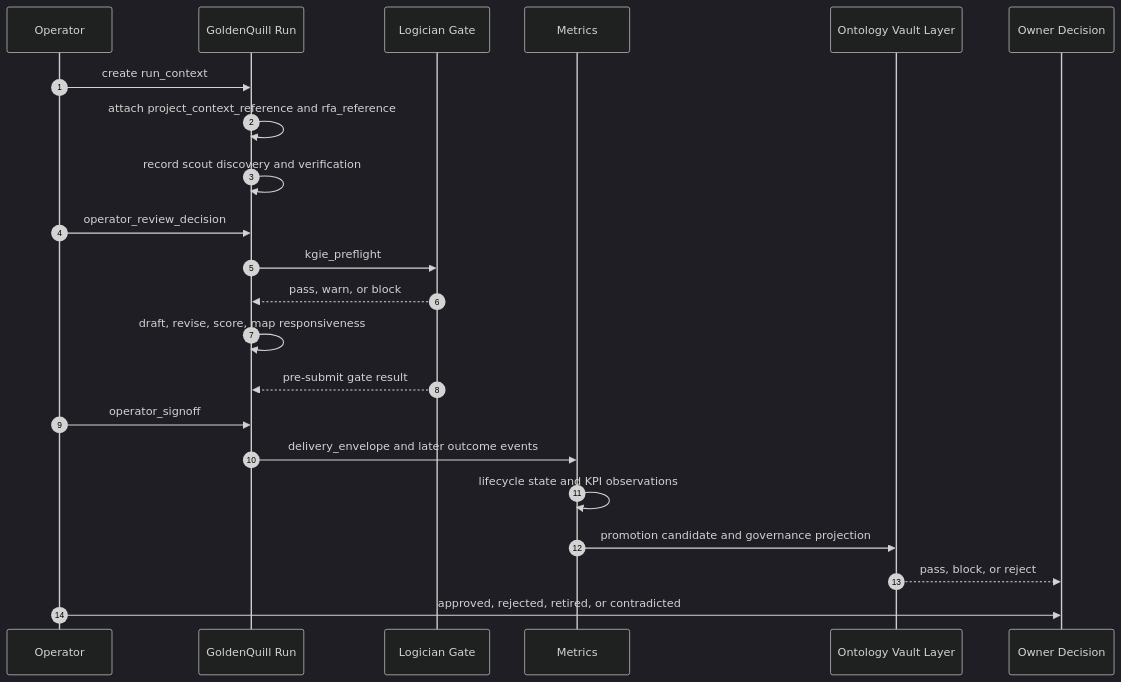
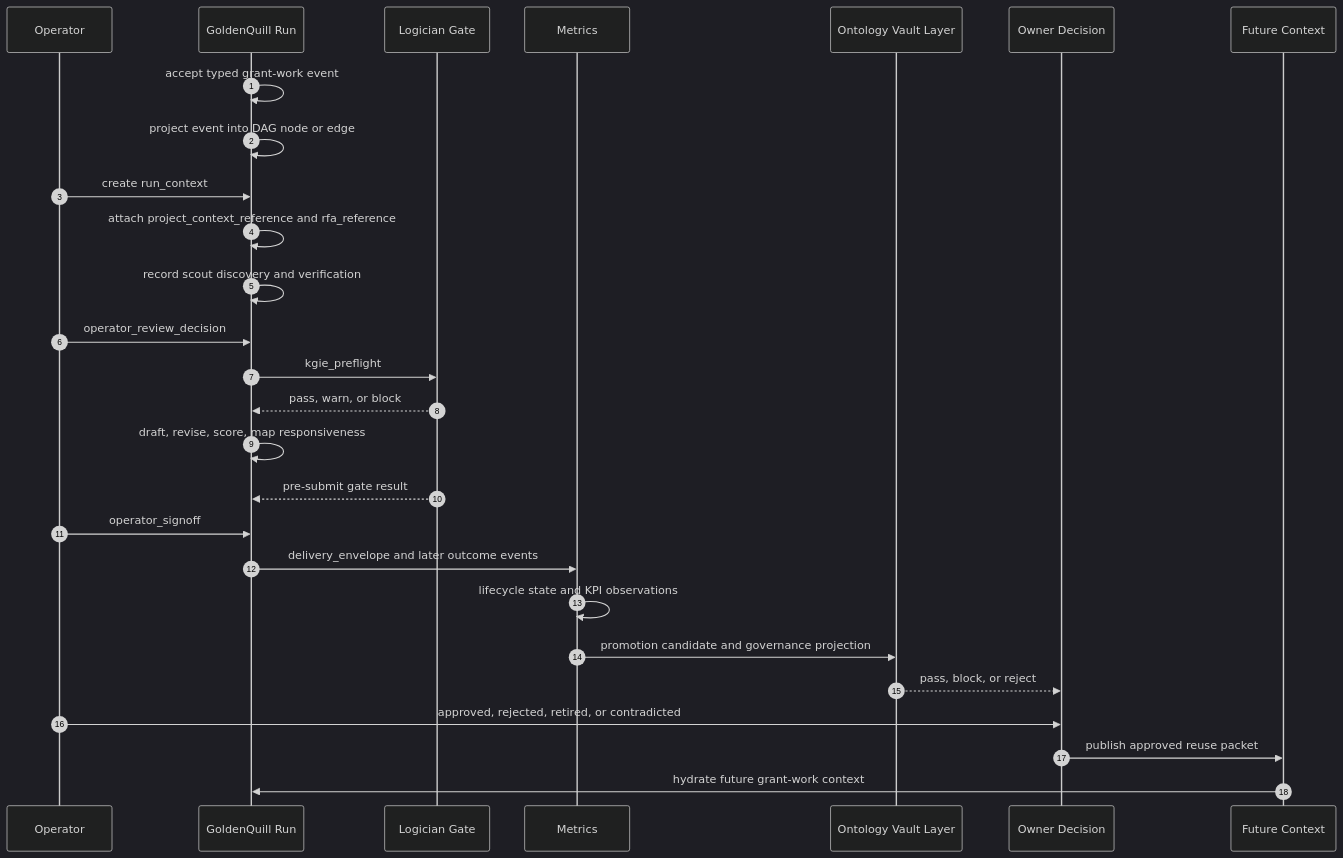
The second of 2 diagrams in docs/features/goldenquill-promotion-governance/architecture.md (cyberAlchemyAI/domainspec), drawn with Mermaid (dark theme) before and after one commit. The commit also changed other lines of this file and 47 other files, not shown here.

````diff
--- a/docs/features/goldenquill-promotion-governance/architecture.md
+++ b/docs/features/goldenquill-promotion-governance/architecture.md
@@ -176,25 +207,30 @@
 ```mermaid
 sequenceDiagram
     autonumber
     participant O as Operator
     participant G as GoldenQuill Run
     participant L as Logician Gate
     participant M as Metrics
     participant V as Ontology Vault Layer
     participant D as Owner Decision
+    participant F as Future Context
 
+    G->>G: accept typed grant-work event
+    G->>G: project event into DAG node or edge
     O->>G: create run_context
     G->>G: attach project_context_reference and rfa_reference
     G->>G: record scout discovery and verification
     O->>G: operator_review_decision
     G->>L: kgie_preflight
     L-->>G: pass, warn, or block
     G->>G: draft, revise, score, map responsiveness
     L-->>G: pre-submit gate result
     O->>G: operator_signoff
     G->>M: delivery_envelope and later outcome events
     M->>M: lifecycle state and KPI observations
     M->>V: promotion candidate and governance projection
     V-->>D: pass, block, or reject
     O->>D: approved, rejected, retired, or contradicted
+    D->>F: publish approved reuse packet
+    F->>G: hydrate future grant-work context
 ```
````
